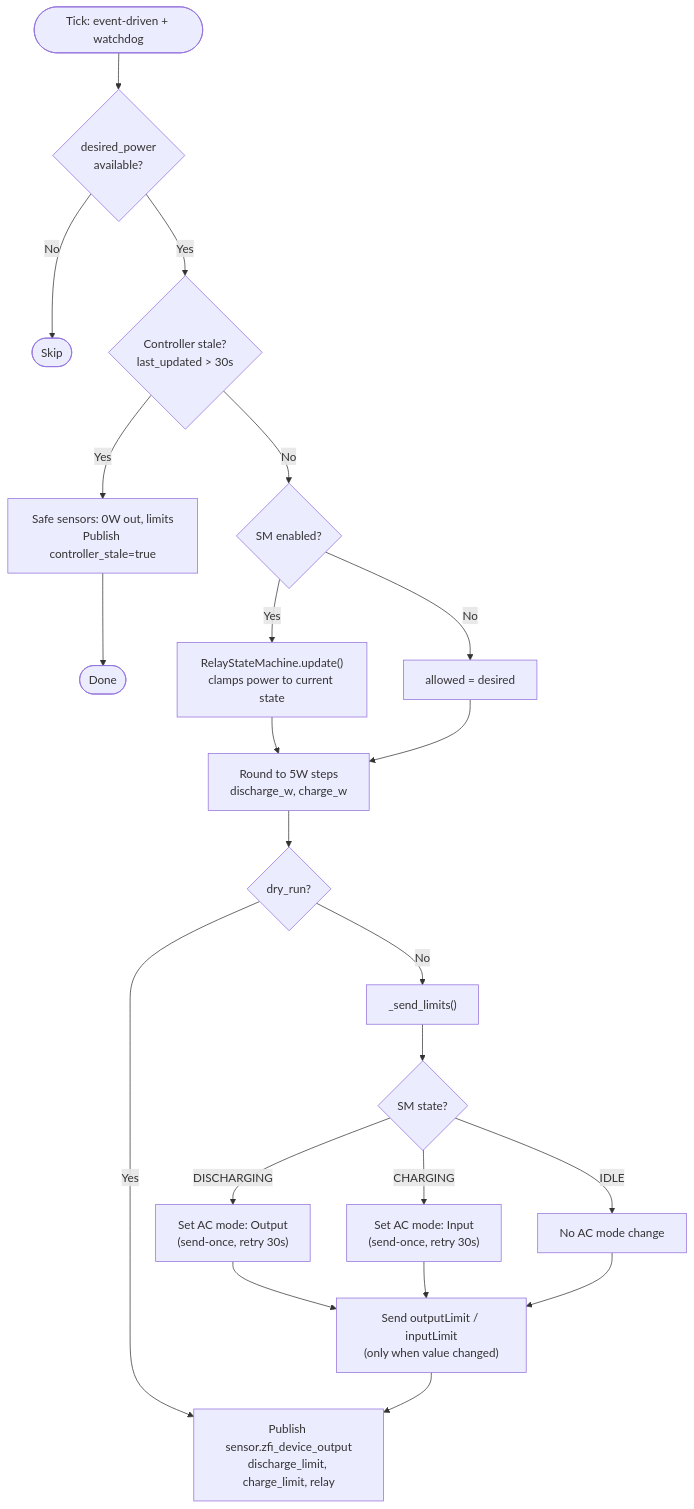
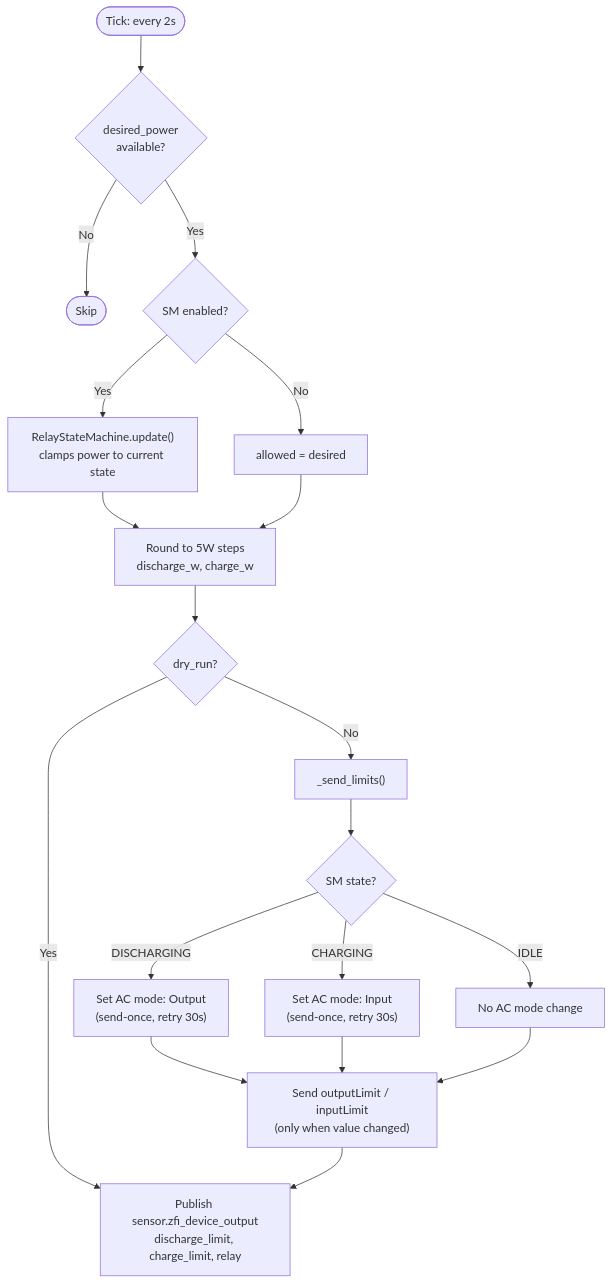
Before and after one commit to steffenruehl/ha-zero-feed-in: the second of 3 diagrams in docs/zero_feed_in_docs.md, drawn with Mermaid. The commit also changed other lines of this file and 1 other file, not shown here.

````diff
--- a/docs/zero_feed_in_docs.md
+++ b/docs/zero_feed_in_docs.md
@@ -487,34 +390,31 @@
 ```mermaid
 flowchart TD
-    A([Tick: event-driven + watchdog]) --> B{desired_power<br>available?}
+    A([Tick: every 2s]) --> B{desired_power<br>available?}
     B -- No --> Z([Skip])
-    B -- Yes --> STALE{Controller stale?<br>last_updated > 30s}
-    STALE -- Yes --> SAFE["Safe sensors: 0W out, limits<br>Publish controller_stale=true"]
-    SAFE --> Z2([Done])
-    STALE -- No --> SM{SM enabled?}
+    B -- Yes --> SM{SM enabled?}
     SM -- Yes --> SMU["RelayStateMachine.update()<br>clamps power to current state"]
     SM -- No --> PASS["allowed = desired"]
     SMU --> RND
     PASS --> RND
 
     RND["Round to 5W steps<br>discharge_w, charge_w"]
 
     RND --> DRY{dry_run?}
     DRY -- Yes --> PUB
     DRY -- No --> SEND
 
     SEND["_send_limits()"]
     SEND --> ACM{"SM state?"}
     ACM -- DISCHARGING --> AO["Set AC mode: Output<br>(send-once, retry 30s)"]
     ACM -- CHARGING --> AI["Set AC mode: Input<br>(send-once, retry 30s)"]
     ACM -- IDLE --> SKIP_AC["No AC mode change"]
 
     AO --> LIM
     AI --> LIM
     SKIP_AC --> LIM
 
     LIM["Send outputLimit / inputLimit<br>(only when value changed)"]
 
     LIM --> PUB
     PUB["Publish sensor.zfi_device_output<br>discharge_limit, charge_limit, relay"]
 ```
````
